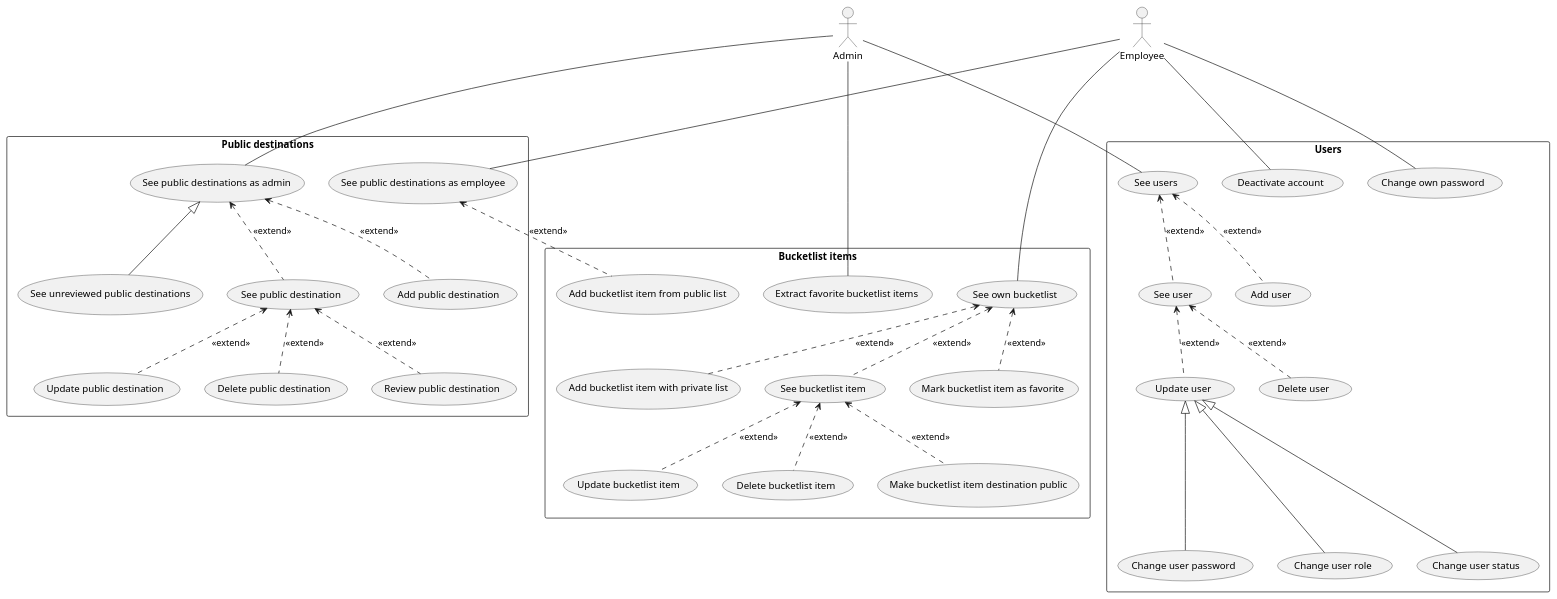
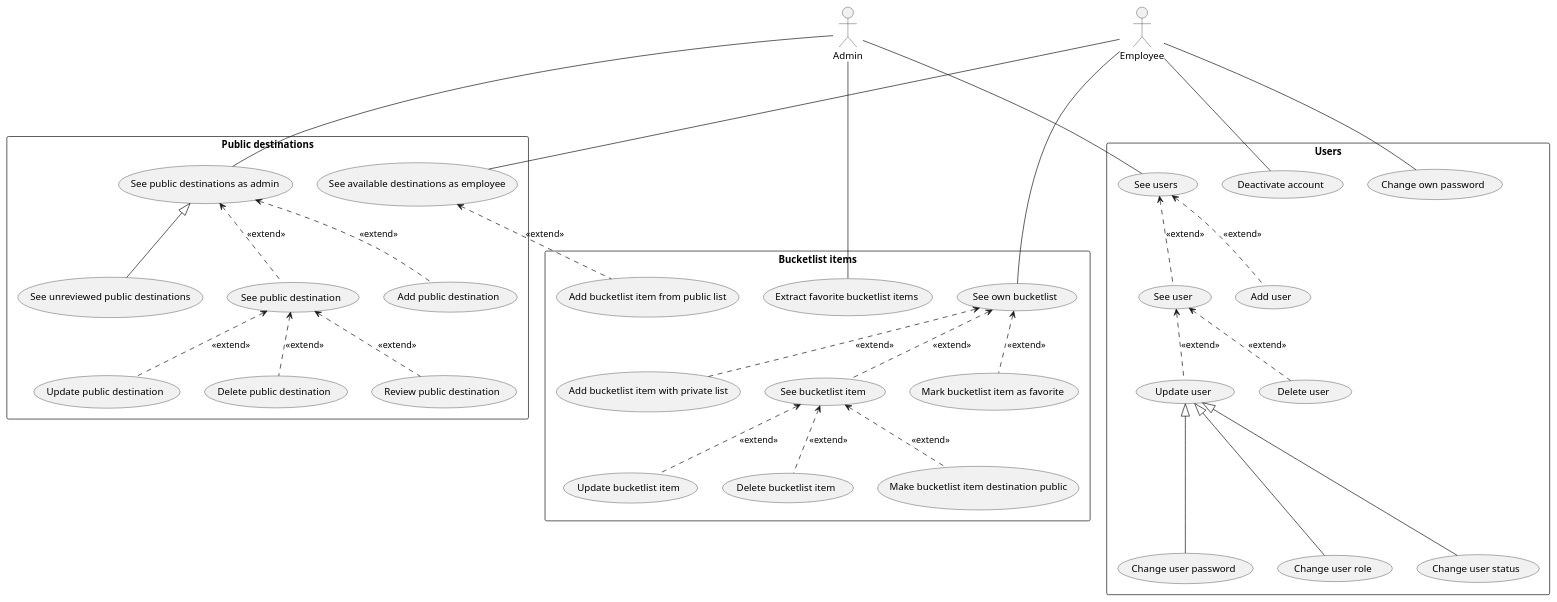
The diagram in usecase_diagram.puml (cs-rustaceans/bucketlist-diagrams), drawn with PlantUML before and after one commit.

Commit message:
renames public list desinations to available destinations, so that the user may see his own added destinations too

```diff
--- a/usecase_diagram.puml
+++ b/usecase_diagram.puml
@@ -33,42 +33,42 @@
 @startuml
 
 actor Admin
 actor Employee
 
 rectangle "Users" {
   Admin -- (See users)
   (See users) <.. (See user): <<extend>>
   (See users) <.. (Add user): <<extend>>
   (See user) <.. (Update user): <<extend>>
   (Update user) <|--- (Change user password)
   (Update user) <|--- (Change user role)
   (Update user) <|--- (Change user status)
   (See user) <.. (Delete user): <<extend>>
   Employee --- (Change own password)
   Employee --- (Deactivate account)
 }
 
 rectangle "Public destinations" {
   Admin --- (See public destinations as admin)
   (See public destinations as admin) <|-- (See unreviewed public destinations)
   (See public destinations as admin) <.. (See public destination): <<extend>>
   (See public destinations as admin) <.. (Add public destination): <<extend>>
   (See public destination) <.. (Update public destination): <<extend>>
   (See public destination) <.. (Delete public destination): <<extend>>
   (See public destination) <.. (Review public destination): <<extend>>
-  Employee --- (See public destinations as employee)
+  Employee --- (See available destinations as employee)
 }
 
 rectangle "Bucketlist items" {
-    (See public destinations as employee) <.. (Add bucketlist item from public list): <<extend>>
+    (See available destinations as employee) <.. (Add bucketlist item from public list): <<extend>>
     Employee -- (See own bucketlist)
     (See own bucketlist) <.. (Add bucketlist item with private list): <<extend>>
     (See own bucketlist) <.. (See bucketlist item): <<extend>>
     (See bucketlist item) <.. (Update bucketlist item): <<extend>>
     (See bucketlist item) <.. (Delete bucketlist item): <<extend>>
     (See bucketlist item) <.. (Make bucketlist item destination public): <<extend>>
     (See own bucketlist) <.. (Mark bucketlist item as favorite): <<extend>>
     Admin --- (Extract favorite bucketlist items)
 }
 
 @enduml
```
